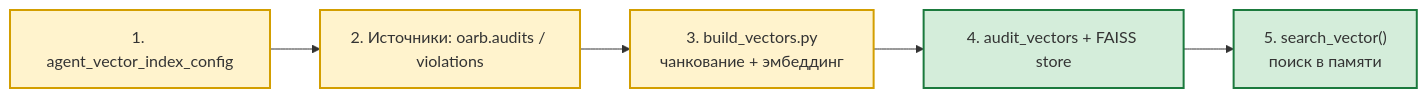
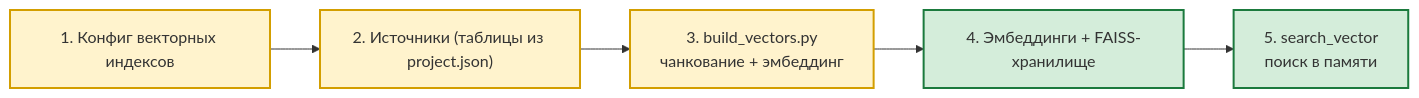
Before and after one commit to AlexEgorov85/workspaces_nanobot: the diagram in docs/VECTOR_INDEXES.md, drawn with Mermaid. The commit also changed 2 other files, not shown here.

Commit message:
fix(docs): убрать скобки в подписях mermaid и обобщить имена таблиц в диаграммах
GitHub не рендерит edge-метки с круглыми скобками (|publish()|); заменены на |publish|. Имена таблиц в диаграммах data-flow и векторного пайплайна обобщены, тк они настраиваются в project.json и не являются константами

````diff
--- a/docs/VECTOR_INDEXES.md
+++ b/docs/VECTOR_INDEXES.md
@@ -22,11 +22,11 @@
 ```mermaid
 flowchart LR
-    CFG["1. agent_vector_index_config"] --> SRC["2. Источники: oarb.audits / violations"]
+    CFG["1. Конфиг векторных индексов"] --> SRC["2. Источники (таблицы из project.json)"]
     SRC --> BL["3. build_vectors.py<br/>чанкование + эмбеддинг"]
-    BL --> ST["4. audit_vectors + FAISS store"]
-    ST --> SE["5. search_vector()<br/>поиск в памяти"]
+    BL --> ST["4. Эмбеддинги + FAISS-хранилище"]
+    ST --> SE["5. search_vector<br/>поиск в памяти"]
     classDef core fill:#fff3cd,stroke:#d39e00,stroke-width:2px
     classDef infra fill:#d4edda,stroke:#1b7a3d,stroke-width:2px
     class CFG,SRC,BL core
     class ST,SE infra
 ```
````
